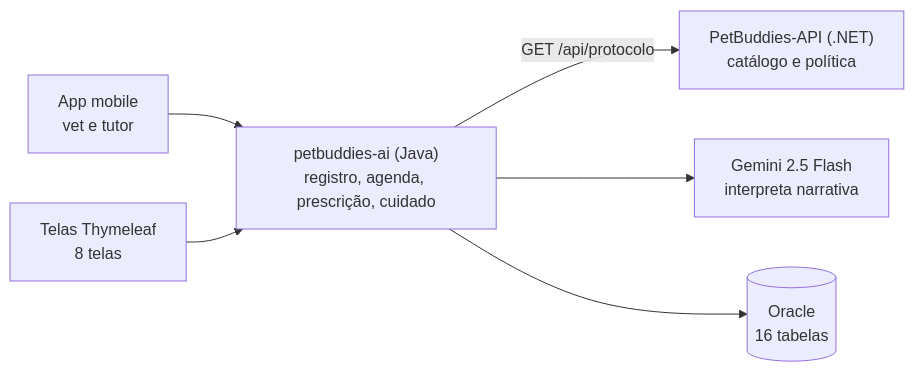
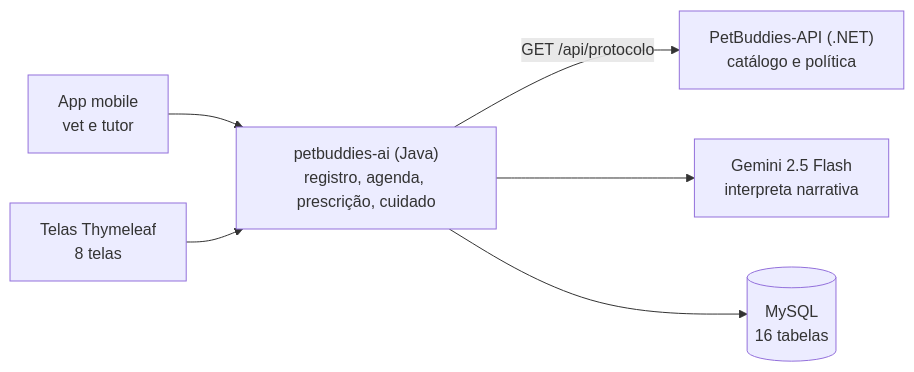
One commit to 3BugBuddies/petbuddies-devops-sprint3 changed the third of 5 diagrams in petbuddies-ai/README.md. Above: the diagram before and after it, drawn with Mermaid. The commit also changed other lines of this file and 24 other files, not shown here.

First line of the commit message:
feat: migra o banco de Oracle para MySQL com persistência via Storage Account

````diff
--- a/petbuddies-ai/README.md
+++ b/petbuddies-ai/README.md
@@ -295,9 +286,9 @@
 ```mermaid
 flowchart LR
     App["App mobile<br/>vet e tutor"] --> Java
     Web["Telas Thymeleaf<br/>8 telas"] --> Java
     Java["petbuddies-ai (Java)<br/>registro, agenda, prescrição, cuidado"]
     Java -->|"GET /api/protocolo"| Net["PetBuddies-API (.NET)<br/>catálogo e política"]
     Java --> Gemini["Gemini 2.5 Flash<br/>interpreta narrativa"]
-    Java --> Oracle[("Oracle<br/>16 tabelas")]
+    Java --> MySQL[("MySQL<br/>16 tabelas")]
 ```
````
